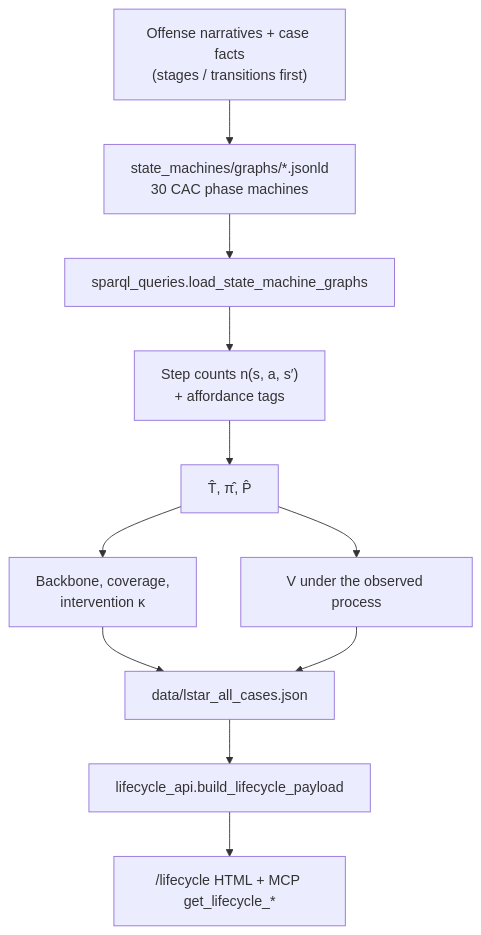
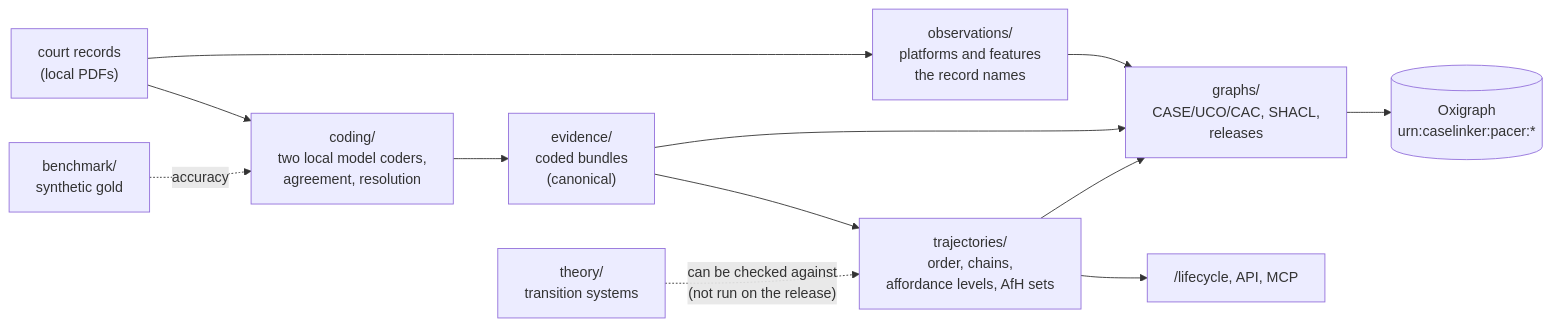
Before and after one commit to mrinaalr/CaseLinker: the diagram in state_machines/README.md, drawn with Mermaid. The commit also changed other lines of this file and 1178 other files, not shown here.

Commit message:
ground agencies, map prior convictions, widen CyberTip recall, machine-code court records, rebuild AfH evidence, and strengthen repair tools (#88, #89, #91, #92, #93, #94, #95, #96, #97, #98, #99, #100)

````diff
--- a/state_machines/README.md
+++ b/state_machines/README.md
@@ -215,18 +18,14 @@
 ```mermaid
-flowchart TD
-  narr["Offense narratives + case facts<br/>(stages / transitions first)"]
-  graphs["state_machines/graphs/*.jsonld<br/>30 CAC phase machines"]
-  load["sparql_queries.load_state_machine_graphs"]
-  counts["Step counts n(s, a, s′)<br/>+ affordance tags"]
-  est["T̂, π̂, P̂"]
-  bb["Backbone, coverage,<br/>intervention κ"]
-  val["V under the observed process"]
-  out["data/lstar_all_cases.json"]
-  api["lifecycle_api.build_lifecycle_payload"]
-  ui["/lifecycle HTML + MCP get_lifecycle_*"]
-
-  narr --> graphs --> load --> counts --> est
-  est --> bb --> out
-  est --> val --> out
-  out --> api --> ui
+flowchart LR
+  pdf["court records<br/>(local PDFs)"] --> coding["coding/<br/>two local model coders,<br/>agreement, resolution"]
+  bench["benchmark/<br/>synthetic gold"] -. "accuracy" .-> coding
+  coding --> evidence["evidence/<br/>coded bundles<br/>(canonical)"]
+  pdf --> obs["observations/<br/>platforms and features<br/>the record names"]
+  obs --> graphs
+  evidence --> traj["trajectories/<br/>order, chains,<br/>affordance levels, AfH sets"]
+  evidence --> graphs["graphs/<br/>CASE/UCO/CAC, SHACL,<br/>releases"]
+  traj --> graphs
+  graphs --> ox[("Oxigraph<br/>urn:caselinker:pacer:*")]
+  traj --> ui["/lifecycle, API, MCP"]
+  theory["theory/<br/>transition systems"] -. "can be checked against<br/>(not run on the release)" .-> traj
 ```
````
